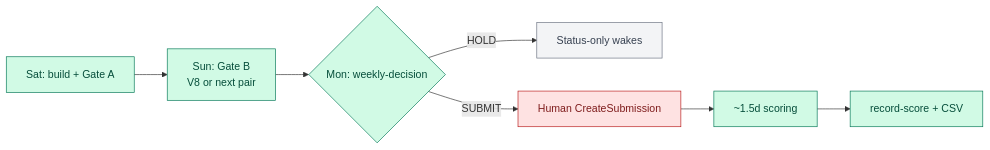
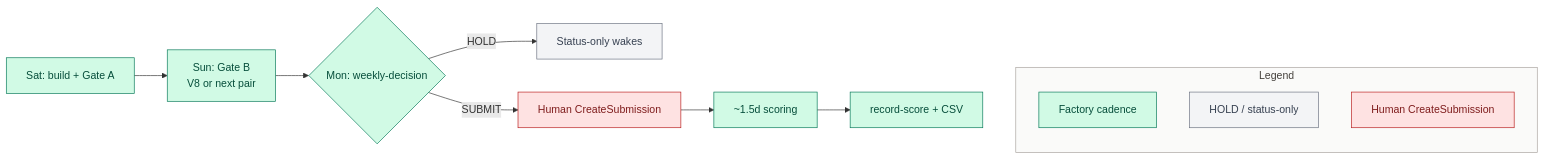
Before and after one commit to khaosans/noisegate-gemma4-factory: the third of 7 diagrams in docs/wiki/Architecture.md, drawn with Mermaid. The commit also changed other lines of this file and 4 other files, not shown here.

First line of the commit message:
docs: move Mermaid color legends into diagram subgraphs

````diff
--- a/docs/wiki/Architecture.md
+++ b/docs/wiki/Architecture.md
@@ -97,16 +105,25 @@
 ```mermaid
 flowchart LR
   Sat[Sat: build + Gate A] --> Sun[Sun: Gate B<br/>V8 or next pair]
   Sun --> Mon{Mon: weekly-decision}
   Mon -->|HOLD| Ops[Status-only wakes]
   Mon -->|SUBMIT| Hitl[Human CreateSubmission]
   Hitl --> Wait[~1.5d scoring]
   Wait --> Rec[record-score + CSV]
 
+  subgraph Legend["Legend"]
+    direction TB
+    LegF[Factory cadence]
+    LegH[HOLD / status-only]
+    LegS[Human CreateSubmission]
+  end
+  Rec ~~~ LegF
+
   classDef factory fill:#D1FAE5,stroke:#047857,color:#064E3B
   classDef hitl fill:#FEE2E2,stroke:#B91C1C,color:#7F1D1D
   classDef hold fill:#F3F4F6,stroke:#6B7280,color:#374151
-  class Sat,Sun,Mon,Wait,Rec factory
-  class Ops hold
-  class Hitl hitl
+  class Sat,Sun,Mon,Wait,Rec,LegF factory
+  class Ops,LegH hold
+  class Hitl,LegS hitl
+  style Legend fill:#FAFAF9,stroke:#A8A29E,color:#44403C
 ```
````
